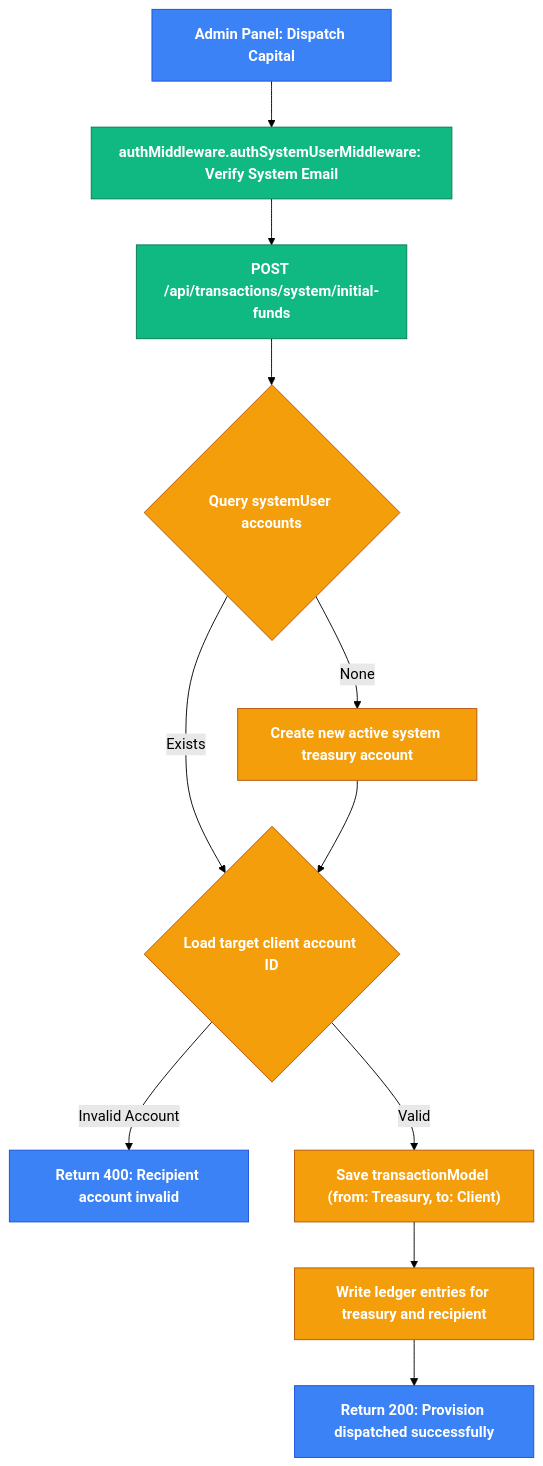
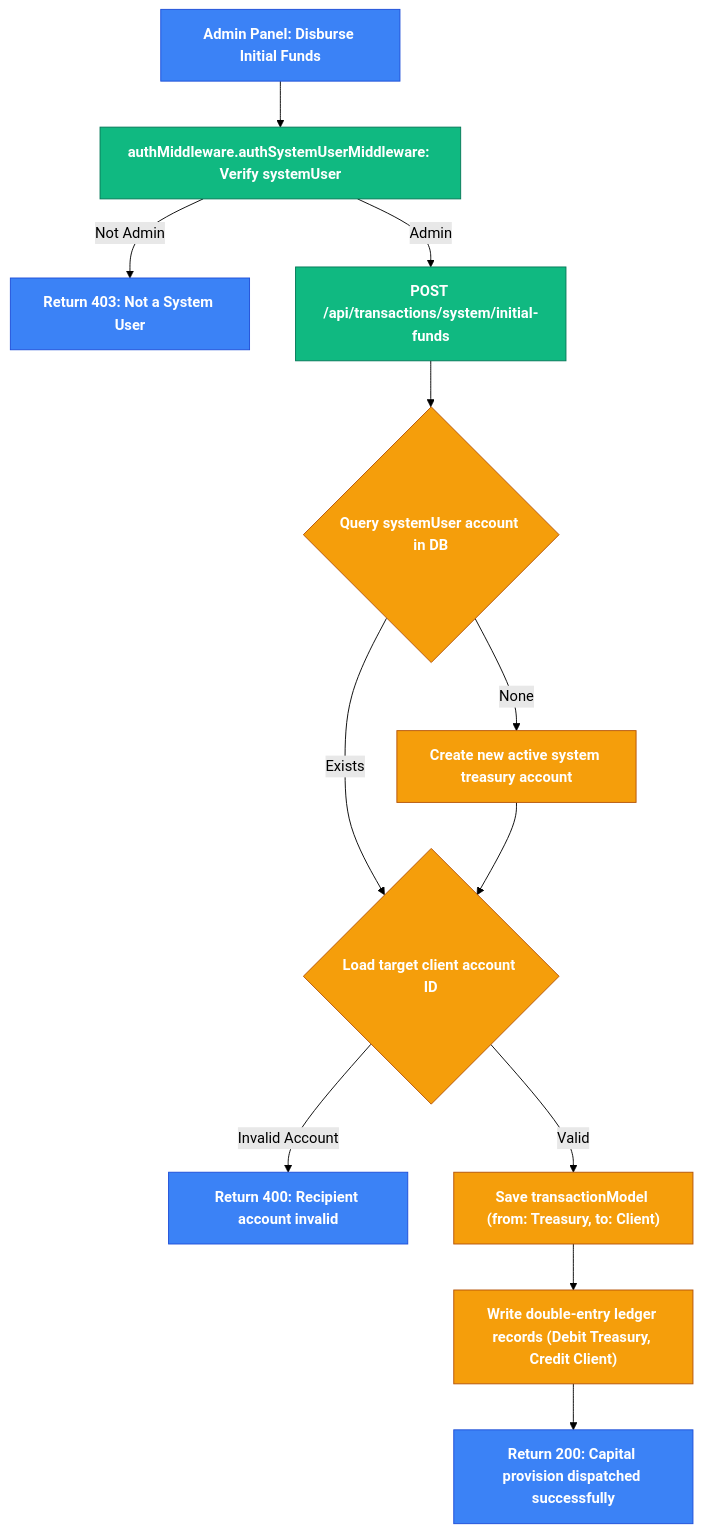
Before and after one commit to nihar5776/Banking-System: the sixth of 6 diagrams in README.md, drawn with Mermaid (forest theme). The commit also changed other lines of this file, not shown here.

Commit message:
docs: complete redesign of README.md with detailed file links, API specs, and 5 Mermaid workflow diagrams

````diff
--- a/README.md
+++ b/README.md
@@ -196,23 +455,23 @@
 ```mermaid
 graph TD
     classDef client fill:#3b82f6,stroke:#1d4ed8,color:#fff,font-weight:bold;
     classDef server fill:#10b981,stroke:#047857,color:#fff,font-weight:bold;
     classDef db fill:#f59e0b,stroke:#b45309,color:#fff,font-weight:bold;
     
-    Start["Admin Panel: Dispatch Capital"] --> AdminGuard["authMiddleware.authSystemUserMiddleware: Verify System Email"]:::server
-    AdminGuard --> POST_Funds["POST /api/transactions/system/initial-funds"]:::server
-    POST_Funds --> FindTreasury{"Query systemUser accounts"}:::db
+    Start["Admin Panel: Disburse Initial Funds"] --> AdminGuard["authMiddleware.authSystemUserMiddleware: Verify systemUser"]:::server
+    AdminGuard -->|Not Admin| RejectAdmin["Return 403: Not a System User"]:::server
+    AdminGuard -->|Admin| POST_Funds["POST /api/transactions/system/initial-funds"]:::server
     
+    POST_Funds --> FindTreasury{"Query systemUser account in DB"}:::db
     FindTreasury -->|None| CreateTreasury["Create new active system treasury account"]:::db
     FindTreasury -->|Exists| FetchRecipient{"Load target client account ID"}:::db
     CreateTreasury --> FetchRecipient
     
     FetchRecipient -->|Invalid Account| FailRecip["Return 400: Recipient account invalid"]:::server
     FetchRecipient -->|Valid| InitTxn["Save transactionModel (from: Treasury, to: Client)"]:::db
     
-    InitTxn --> WriteLedger["Write ledger entries for treasury and recipient"]:::db
-    
-    WriteLedger --> ProvisionSuccess["Return 200: Provision dispatched successfully"]:::server
+    InitTxn --> WriteLedger["Write double-entry ledger records (Debit Treasury, Credit Client)"]:::db
+    WriteLedger --> ProvisionSuccess["Return 200: Capital provision dispatched successfully"]:::server
 
-    class Start,FailRecip,ProvisionSuccess client;
+    class Start,RejectAdmin,FailRecip,ProvisionSuccess client;
 ```
````
